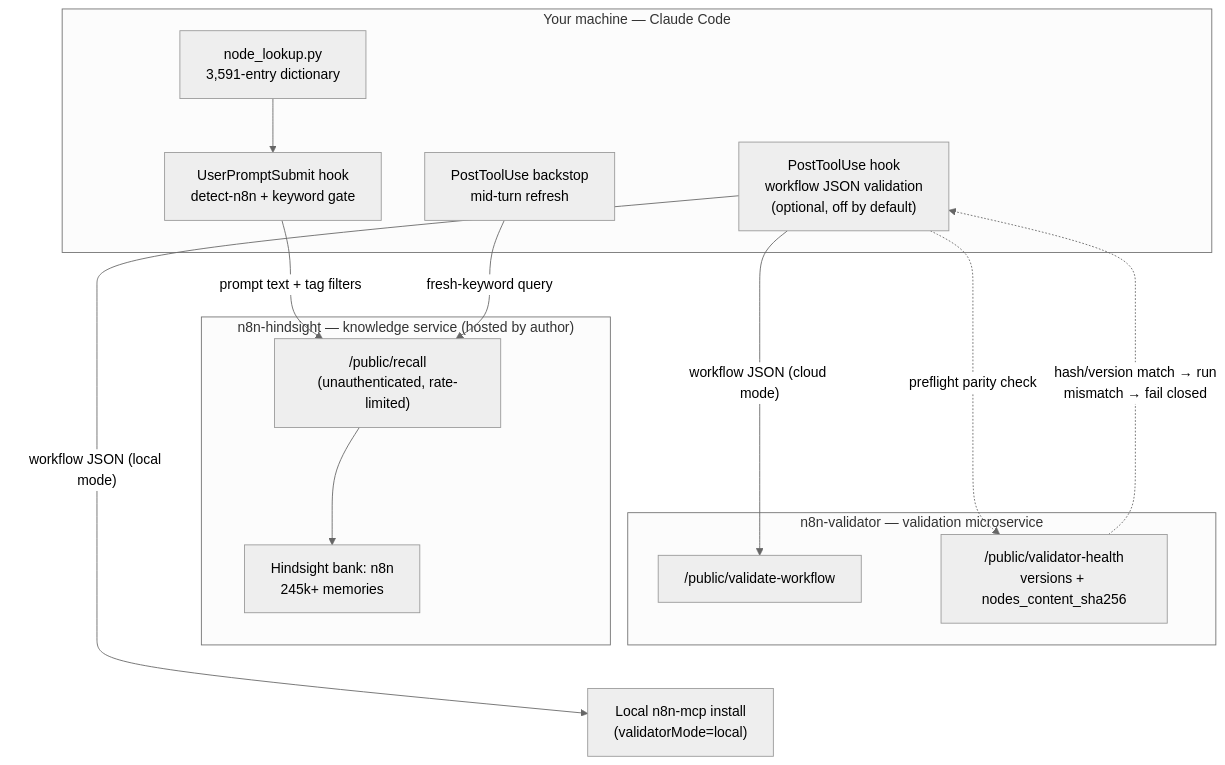
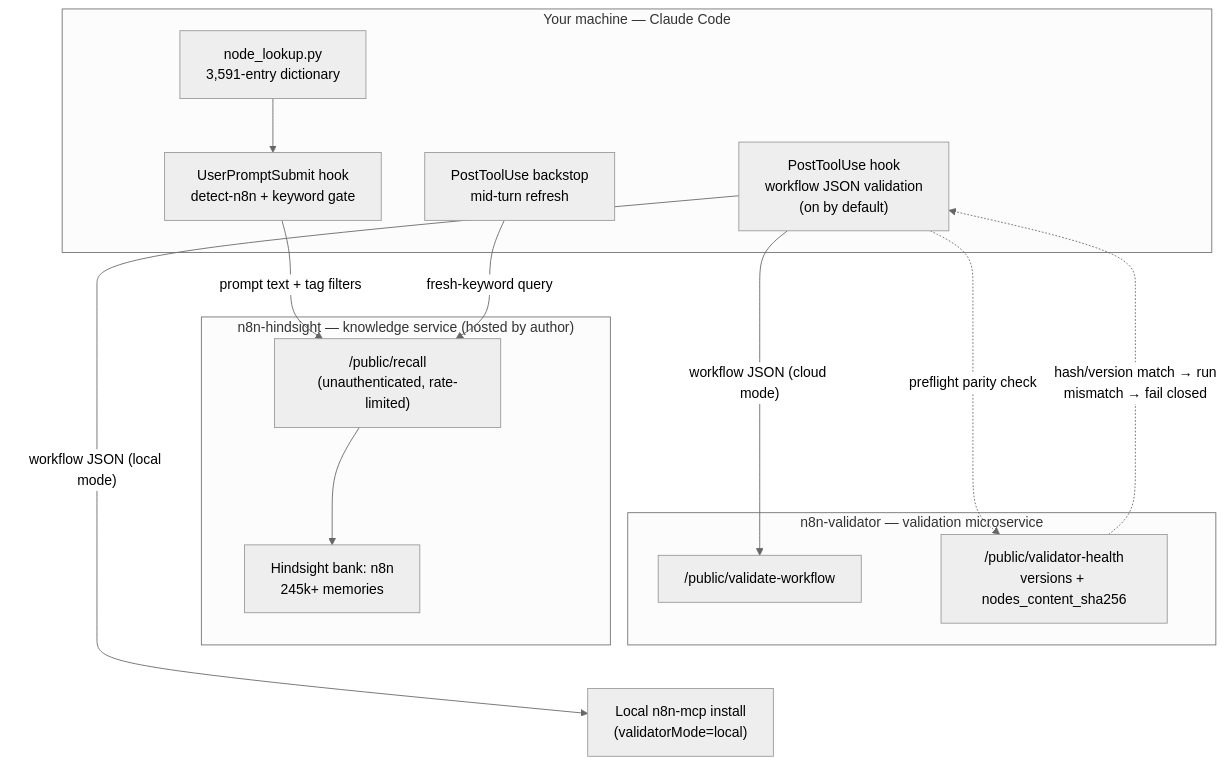
The diagram in README.md (dbenn8/n8n-knowledge), drawn with Mermaid (neutral theme) before and after one commit. The commit also changed other lines of this file and 10 other files, not shown here.

First line of the commit message:
Turn workflow validation on by default

````diff
--- a/README.md
+++ b/README.md
@@ -66,37 +67,37 @@
 ```mermaid
 flowchart TD
     subgraph local["Your machine — Claude Code"]
         UP["UserPromptSubmit hook<br/>detect-n8n + keyword gate"]
         NL["node_lookup.py<br/>3,591-entry dictionary"]
-        PT["PostToolUse hook<br/>workflow JSON validation<br/>(optional, off by default)"]
+        PT["PostToolUse hook<br/>workflow JSON validation<br/>(on by default)"]
         BS["PostToolUse backstop<br/>mid-turn refresh"]
     end
 
     subgraph svc["n8n-hindsight — knowledge service (hosted by author)"]
         REC["/public/recall<br/>(unauthenticated, rate-limited)"]
         BANK["Hindsight bank: n8n<br/>245k+ memories"]
     end
 
     subgraph val["n8n-validator — validation microservice"]
         VW["/public/validate-workflow"]
         VH["/public/validator-health<br/>versions + nodes_content_sha256"]
     end
 
     LOCALV["Local n8n-mcp install<br/>(validatorMode=local)"]
 
     UP -->|"prompt text + tag filters"| REC
     NL --> UP
     BS -->|"fresh-keyword query"| REC
     REC --> BANK
     PT -->|"workflow JSON (cloud mode)"| VW
     PT -->|"workflow JSON (local mode)"| LOCALV
     PT -.->|"preflight parity check"| VH
     VH -.->|"hash/version match → run<br/>mismatch → fail closed"| PT
 
     %% Layout only: force the three sections to stack vertically (top → bottom)
     %% instead of an L-shape, so nothing sits in the bottom-right corner where
     %% GitHub's diagram zoom/pan controls render and would otherwise cover it.
     local ~~~ svc
     svc ~~~ val
     val ~~~ LOCALV
 ```
````
